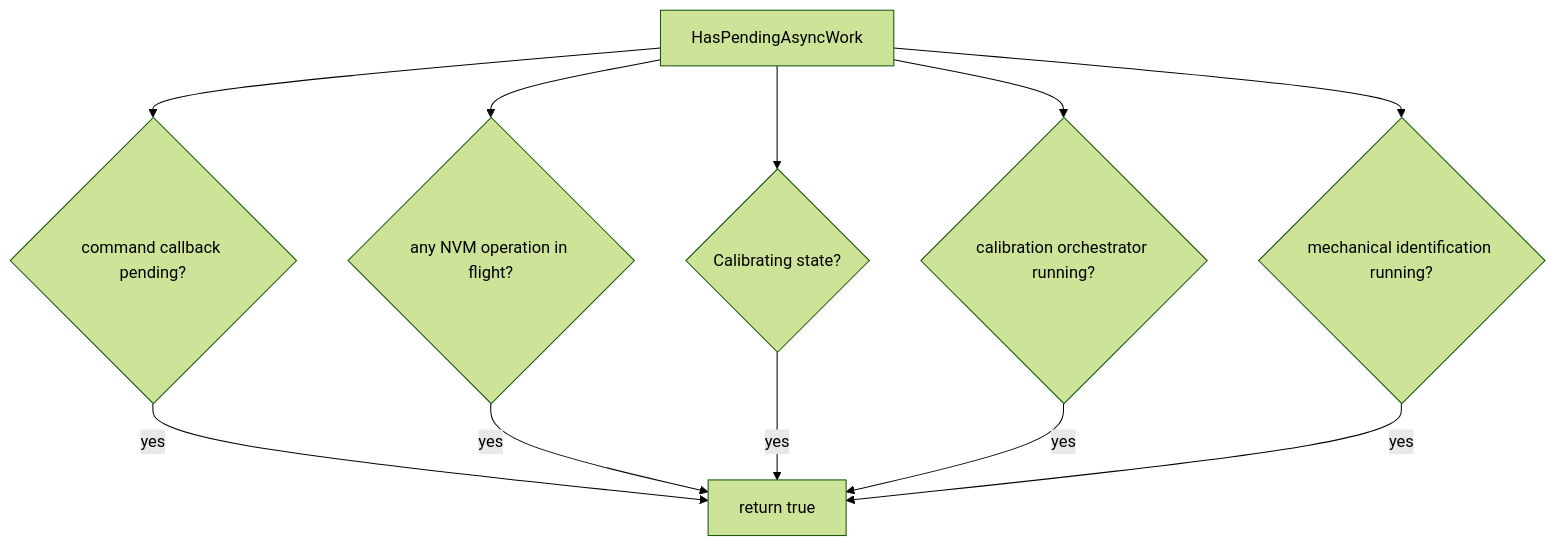
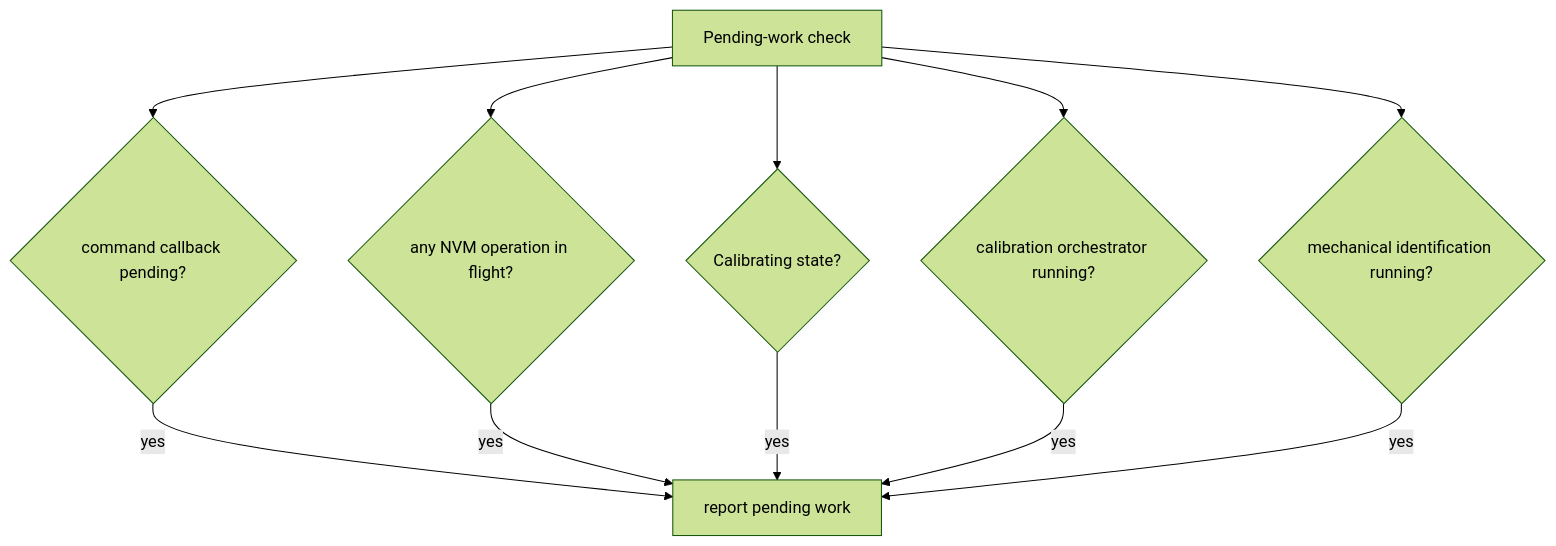
The third of 6 diagrams in documentation/design/async-callback-lifetime.md (embedded-pro/e-foc), drawn with Mermaid (forest theme) before and after one commit. The commit also changed other lines of this file and 37 other files, not shown here.

````diff
--- a/documentation/design/async-callback-lifetime.md
+++ b/documentation/design/async-callback-lifetime.md
@@ -85,13 +85,13 @@
 ```mermaid
 graph TD
-    A[HasPendingAsyncWork] --> B{command callback pending?}
+    A[Pending-work check] --> B{command callback pending?}
     A --> C{any NVM operation in flight?}
     A --> D{Calibrating state?}
     A --> E{calibration orchestrator running?}
     A --> F{mechanical identification running?}
-    B -- yes --> G[return true]
+    B -- yes --> G[report pending work]
     C -- yes --> G
     D -- yes --> G
     E -- yes --> G
     F -- yes --> G
 ```
````
